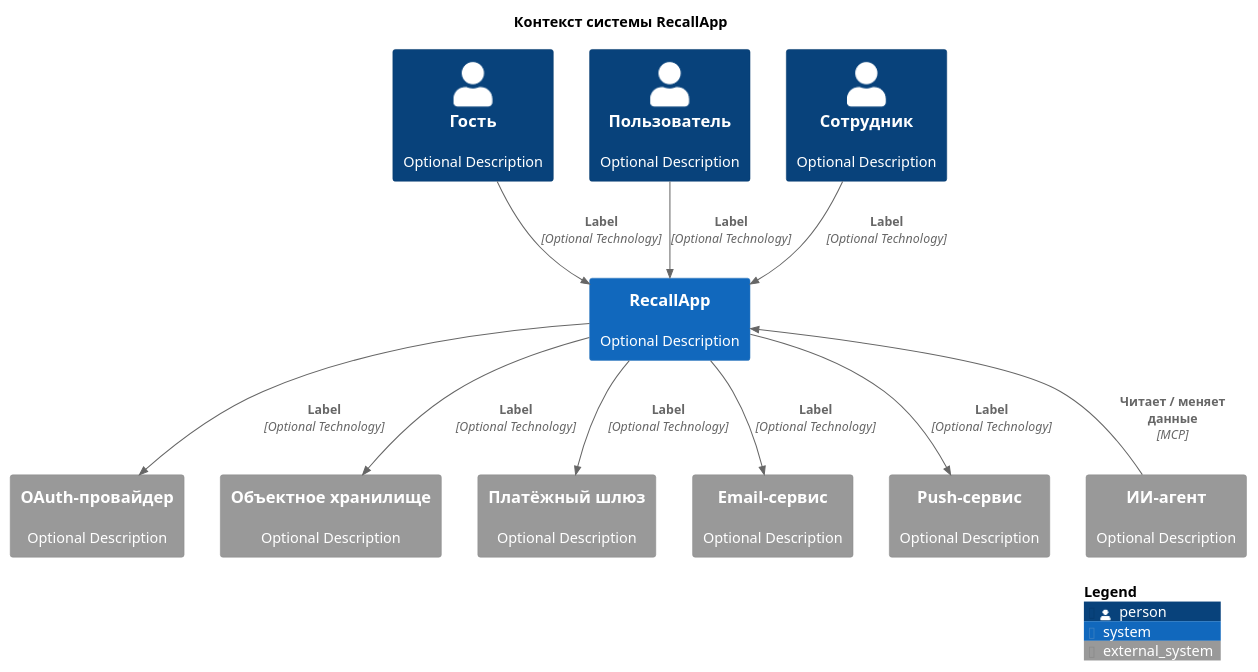
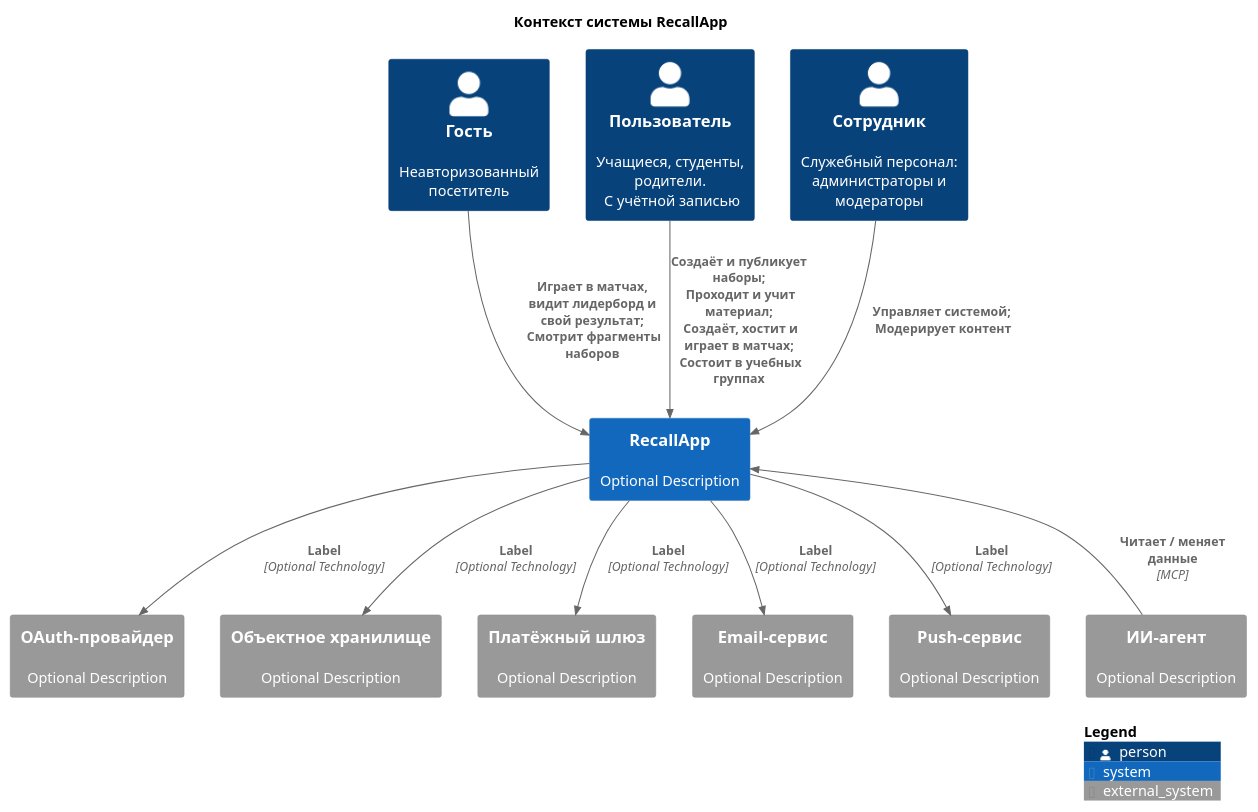
Before and after one commit to itacademy-edms-team/24_3_DNDE: the diagram in RecallApp/docs/diagrams/c4 - context.puml, drawn with PlantUML.

Commit message:
docs: fill persons and it's relationships

```diff
--- a/RecallApp/docs/diagrams/c4 - context.puml
+++ b/RecallApp/docs/diagrams/c4 - context.puml
@@ -1,33 +1,33 @@
 @startuml C4 - Context - RecallApp
 title Контекст системы RecallApp
 top to bottom direction
 
 !include <C4/C4_Context>
 
-Person(personGuest, "Гость", "Optional Description")
-Person(personUser, "Пользователь", "Optional Description")
-Person(personStaff, "Сотрудник", "Optional Description")
+Person(personGuest, "Гость", "Неавторизованный посетитель")
+Person(personUser, "Пользователь", "Учащиеся, студенты, родители. \n С учётной записью")
+Person(personStaff, "Сотрудник", "Служебный персонал: администраторы и модераторы")
 
 System(systemRecallApp, "RecallApp", "Optional Description")
 
 System_Ext(extSystemAuth, "OAuth-провайдер", "Optional Description")
 System_Ext(extSystemObjectStorage, "Объектное хранилище", "Optional Description")
 System_Ext(extSystemPaymentGateway, "Платёжный шлюз", "Optional Description")
 System_Ext(extSystemEmail, "Email-сервис", "Optional Description")
 System_Ext(extSystemPush, "Push-сервис", "Optional Description")
 System_Ext(extSystemAiAgent, "ИИ-агент", "Optional Description")
 
-Rel(personGuest, systemRecallApp, "Label", "Optional Technology")
-Rel(personUser, systemRecallApp, "Label", "Optional Technology")
-Rel(personStaff, systemRecallApp, "Label", "Optional Technology")
+Rel(personGuest, systemRecallApp, "Играет в матчах, видит лидерборд и свой результат; \n Смотрит фрагменты наборов")
+Rel(personUser, systemRecallApp, "Создаёт и публикует наборы; \n Проходит и учит материал; \n Создаёт, хостит и играет в матчах; \n Состоит в учебных группах")
+Rel(personStaff, systemRecallApp, "Управляет системой; \n Модерирует контент")
 
 Rel(systemRecallApp, extSystemAuth, "Label", "Optional Technology")
 Rel(systemRecallApp, extSystemObjectStorage, "Label", "Optional Technology")
 Rel(systemRecallApp, extSystemPaymentGateway, "Label", "Optional Technology")
 Rel(systemRecallApp, extSystemEmail, "Label", "Optional Technology")
 Rel(systemRecallApp, extSystemPush, "Label", "Optional Technology")
 Rel_U(extSystemAiAgent, systemRecallApp, "Читает / меняет данные", "MCP")
 
 SHOW_LEGEND()
 
 @enduml
```
